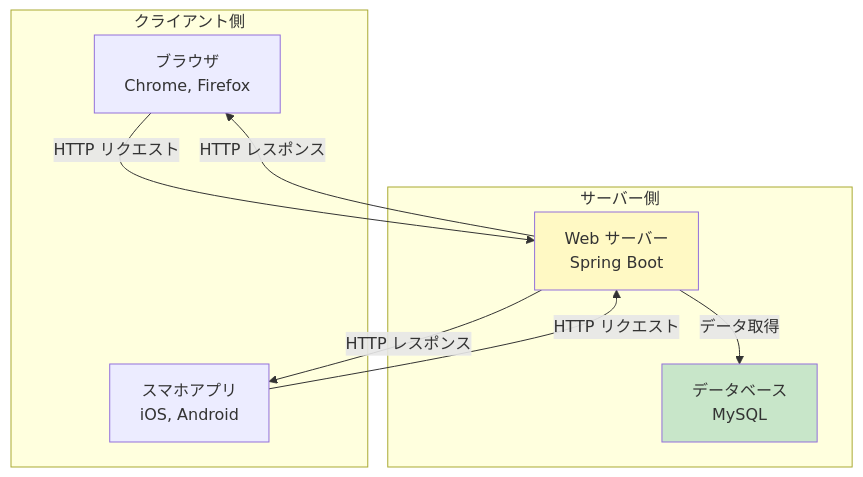
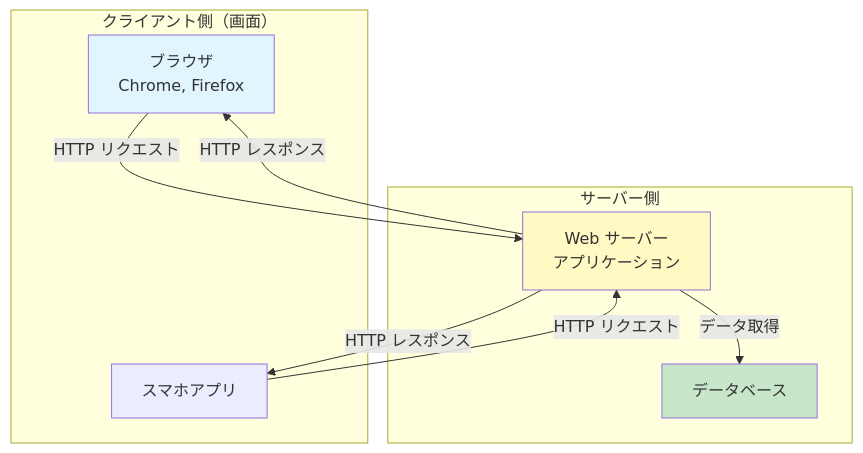
One commit to dev-fjk/web-app-sample changed the second of 4 diagrams in documents/lecture/webapplication.md. Above: the diagram before and after it, drawn with Mermaid. The commit also changed other lines of this file and 12 other files, not shown here.

````diff
--- a/documents/lecture/webapplication.md
+++ b/documents/lecture/webapplication.md
@@ -83,21 +55,22 @@
 ```mermaid
 graph TB
-    subgraph "クライアント側"
+    subgraph "クライアント側（画面）"
         A[ブラウザ<br/>Chrome, Firefox]
-        B[スマホアプリ<br/>iOS, Android]
+        B[スマホアプリ]
     end
 
     subgraph "サーバー側"
-        C[Web サーバー<br/>Spring Boot]
-        D[データベース<br/>MySQL]
+        C[Web サーバー<br/>アプリケーション]
+        D[データベース]
         C -->|データ取得| D
     end
 
     A -->|HTTP リクエスト| C
     B -->|HTTP リクエスト| C
     C -->|HTTP レスポンス| A
     C -->|HTTP レスポンス| B
 
+    style A fill:#e1f5ff
     style C fill:#fff9c4
     style D fill:#c8e6c9
 ```
````
